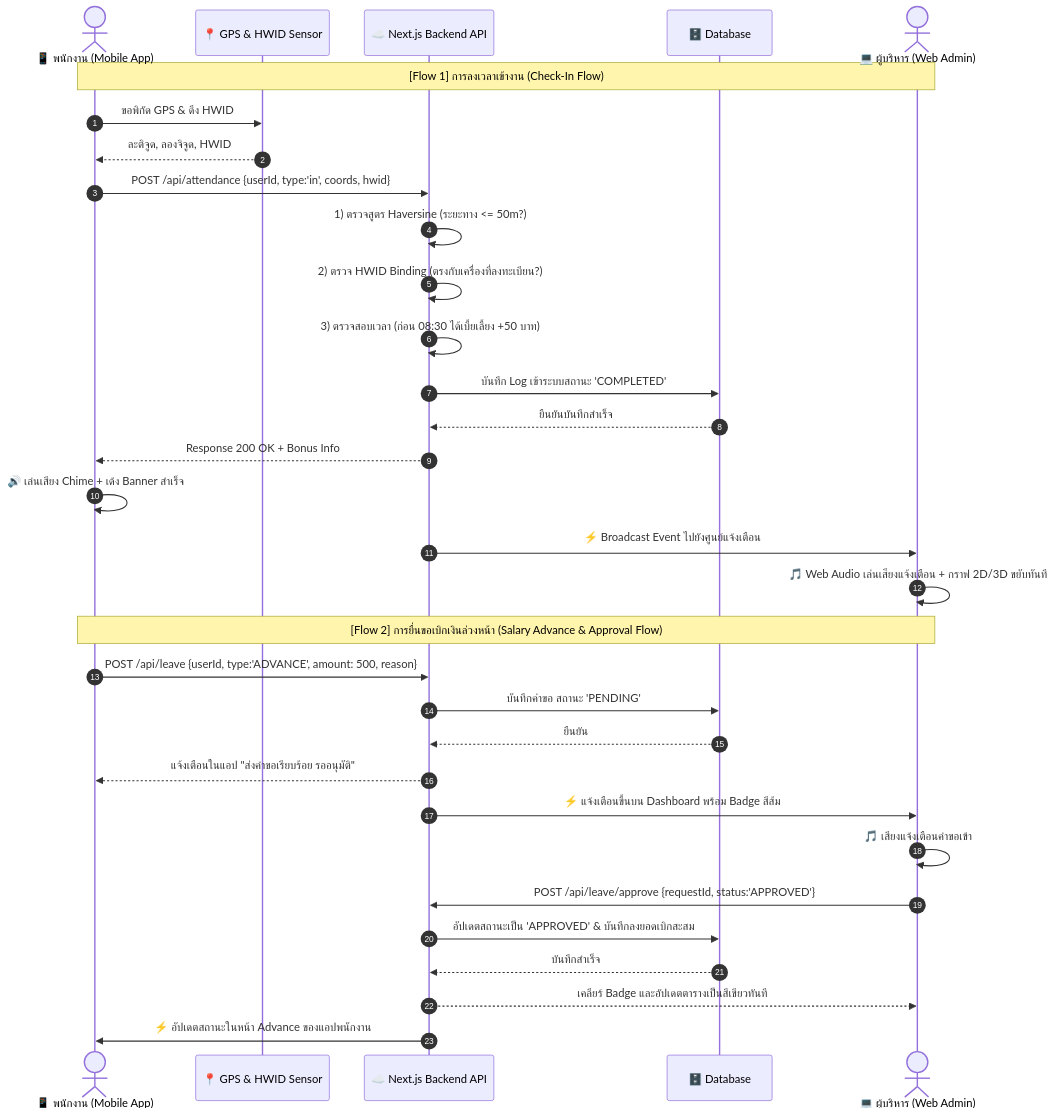
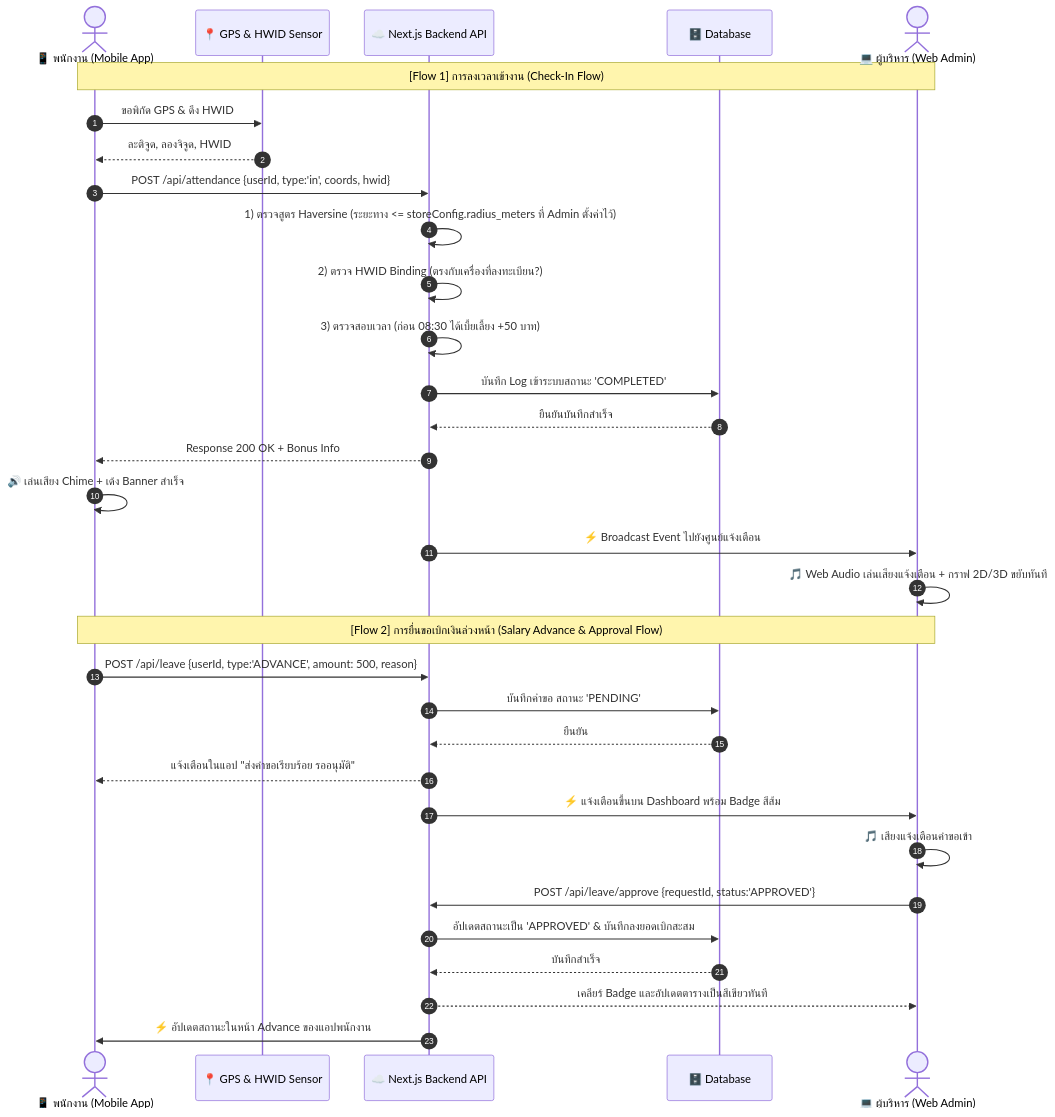
The diagram in SYSTEM_PRESENTATION_MANUAL.md (Lskram/CheckEmpolye), drawn with Mermaid before and after one commit. The commit also changed other lines of this file and 2 other files, not shown here.

Commit message:
docs: clarify that employee geofence radius is dynamic based on admin store settings

````diff
--- a/SYSTEM_PRESENTATION_MANUAL.md
+++ b/SYSTEM_PRESENTATION_MANUAL.md
@@ -55,38 +55,38 @@
 ```mermaid
 sequenceDiagram
     autonumber
     actor Staff as 📱 พนักงาน (Mobile App)
     participant Sensor as 📍 GPS & HWID Sensor
     participant API as ☁️ Next.js Backend API
     participant DB as 🗄️ Database
     actor Admin as 💻 ผู้บริหาร (Web Admin)
 
     %% 1. Check-in Flow
     Note over Staff, Admin: [Flow 1] การลงเวลาเข้างาน (Check-In Flow)
     Staff->>Sensor: ขอพิกัด GPS & ดึง HWID
     Sensor-->>Staff: ละติจูด, ลองจิจูด, HWID
     Staff->>API: POST /api/attendance {userId, type:'in', coords, hwid}
-    API->>API: 1) ตรวจสูตร Haversine (ระยะทาง <= 50m?)
+    API->>API: 1) ตรวจสูตร Haversine (ระยะทาง <= storeConfig.radius_meters ที่ Admin ตั้งค่าไว้)
     API->>API: 2) ตรวจ HWID Binding (ตรงกับเครื่องที่ลงทะเบียน?)
     API->>API: 3) ตรวจสอบเวลา (ก่อน 08:30 ได้เบี้ยเลี้ยง +50 บาท)
     API->>DB: บันทึก Log เข้าระบบสถานะ 'COMPLETED'
     DB-->>API: ยืนยันบันทึกสำเร็จ
     API-->>Staff: Response 200 OK + Bonus Info
     Staff->>Staff: 🔊 เล่นเสียง Chime + เด้ง Banner สำเร็จ
     API->>Admin: ⚡ Broadcast Event ไปยังศูนย์แจ้งเตือน
     Admin->>Admin: 🎵 Web Audio เล่นเสียงแจ้งเตือน + กราฟ 2D/3D ขยับทันที
 
     %% 2. Salary Advance Flow
     Note over Staff, Admin: [Flow 2] การยื่นขอเบิกเงินล่วงหน้า (Salary Advance & Approval Flow)
     Staff->>API: POST /api/leave {userId, type:'ADVANCE', amount: 500, reason}
     API->>DB: บันทึกคำขอ สถานะ 'PENDING'
     DB-->>API: ยืนยัน
     API-->>Staff: แจ้งเตือนในแอป "ส่งคำขอเรียบร้อย รออนุมัติ"
     API->>Admin: ⚡ แจ้งเตือนขึ้นบน Dashboard พร้อม Badge สีส้ม
     Admin->>Admin: 🎵 เสียงแจ้งเตือนคำขอเข้า
     Admin->>API: POST /api/leave/approve {requestId, status:'APPROVED'}
     API->>DB: อัปเดตสถานะเป็น 'APPROVED' & บันทึกลงยอดเบิกสะสม
     DB-->>API: บันทึกสำเร็จ
     API-->>Admin: เคลียร์ Badge และอัปเดตตารางเป็นสีเขียวทันที
     API->>Staff: ⚡ อัปเดตสถานะในหน้า Advance ของแอปพนักงาน
 ```
````
